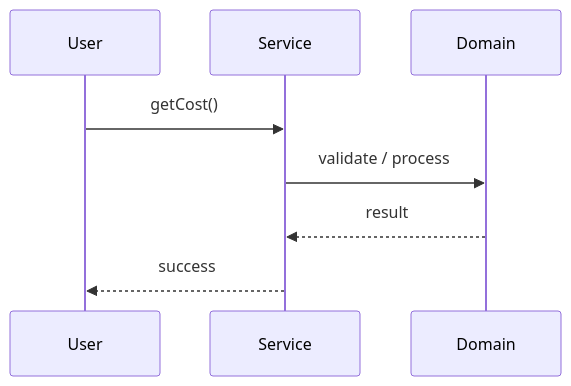
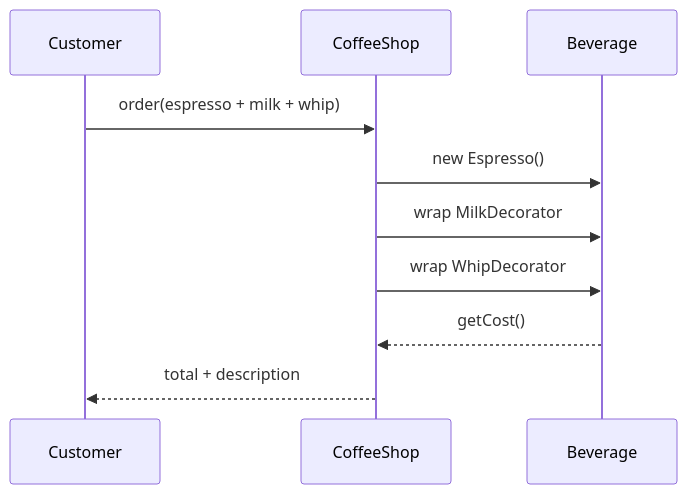
One commit to madhupaila/Interview-Prep-SSE changed the second of 3 diagrams in Learn/System Design - Low Level Design/03-design-patterns/questions/Q08-decorator-coffee.md. Above: the diagram before and after it, drawn with Mermaid. The commit also changed other lines of this file and 491 other files, not shown here.

````diff
--- a/Learn/System Design - Low Level Design/03-design-patterns/questions/Q08-decorator-coffee.md
+++ b/Learn/System Design - Low Level Design/03-design-patterns/questions/Q08-decorator-coffee.md
@@ -121,10 +152,12 @@
 ```mermaid
 sequenceDiagram
-    participant U as User
-    participant S as Service
-    participant D as Domain
-    U->>S: getCost()
-    S->>D: validate / process
-    D-->>S: result
-    S-->>U: success
+participant C as Customer
+participant S as CoffeeShop
+participant B as Beverage
+C->>S: order(espresso + milk + whip)
+S->>B: new Espresso()
+S->>B: wrap MilkDecorator
+S->>B: wrap WhipDecorator
+B-->>S: getCost()
+S-->>C: total + description
 ```
````
